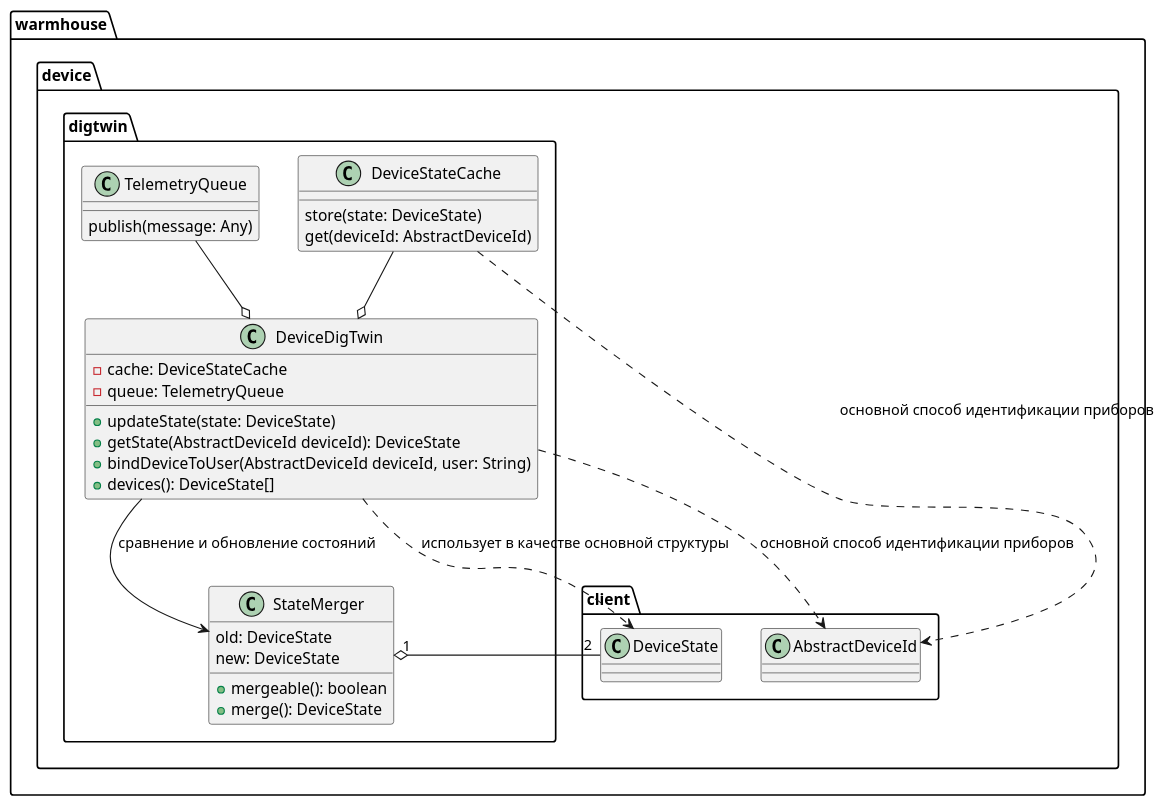
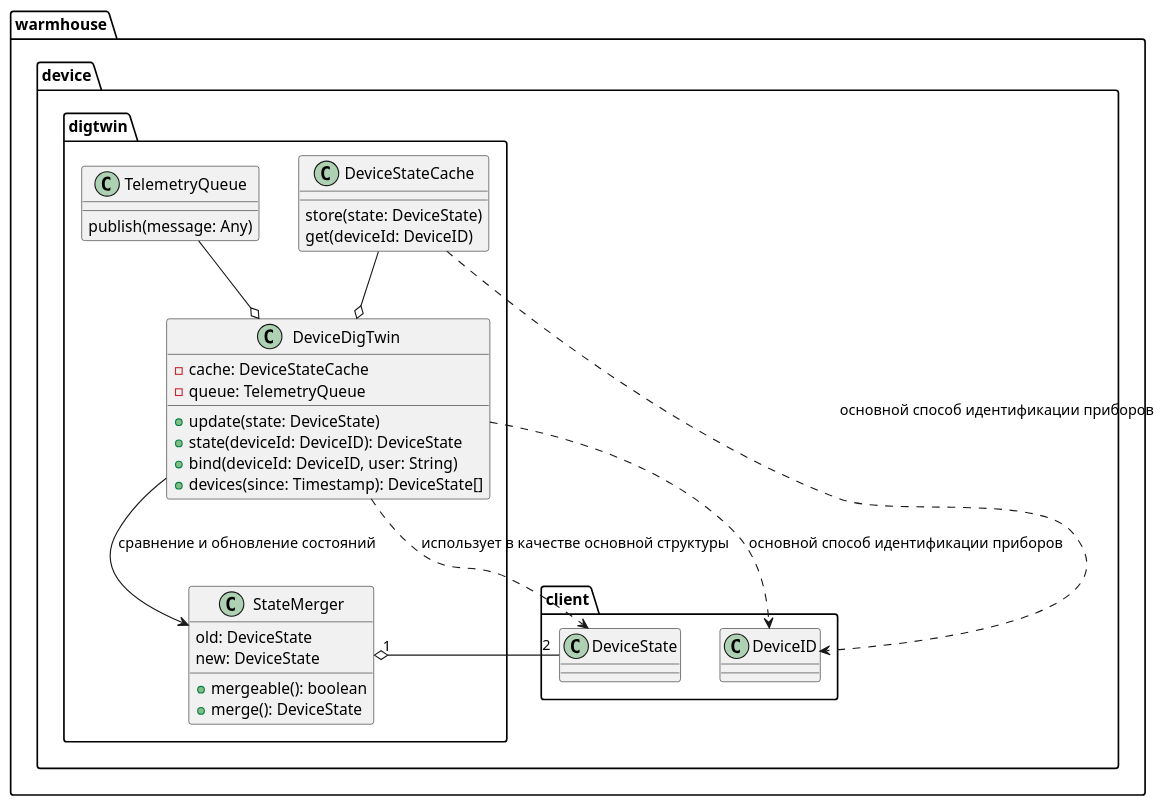
One commit to bitgorbovsky/yp-architecture-pro-warmhouse changed the diagram in schemas/services/devices-controller/code-device-digtwin.puml. Above: the diagram before and after it, drawn with PlantUML. The commit also changed 3 other files, not shown here.

```diff
--- a/schemas/services/devices-controller/code-device-digtwin.puml
+++ b/schemas/services/devices-controller/code-device-digtwin.puml
@@ -1,44 +1,44 @@
 @startuml
 
 package warmhouse.device.digtwin {
     class DeviceDigTwin {
         - cache: DeviceStateCache
         - queue: TelemetryQueue
-        + updateState(state: DeviceState)
-        + getState(AbstractDeviceId deviceId): DeviceState
-        + bindDeviceToUser(AbstractDeviceId deviceId, user: String)
-        + devices(): DeviceState[]
+        + update(state: DeviceState)
+        + state(deviceId: DeviceID): DeviceState
+        + bind(deviceId: DeviceID, user: String)
+        + devices(since: Timestamp): DeviceState[]
     }
 
     class StateMerger {
         old: DeviceState
         new: DeviceState
         + mergeable(): boolean
         + merge(): DeviceState
     }
 
     class TelemetryQueue {
         publish(message: Any)
     }
 
     class DeviceStateCache {
         store(state: DeviceState)
-        get(deviceId: AbstractDeviceId)
+        get(deviceId: DeviceID)
     }
 }
 
 package warmhouse.device.client {
     class DeviceState
-    class AbstractDeviceId
+    class DeviceID
 }
 
 DeviceStateCache --o DeviceDigTwin
-DeviceStateCache ..> AbstractDeviceId : основной способ идентификации приборов
+DeviceStateCache ..> DeviceID : основной способ идентификации приборов
 TelemetryQueue --o DeviceDigTwin
 
 DeviceDigTwin --> StateMerger : cравнение и обновление состояний
 DeviceState "2" --o "1" StateMerger
 DeviceDigTwin ..> DeviceState : использует в качестве основной структуры
-DeviceDigTwin ..> AbstractDeviceId : основной способ идентификации приборов
+DeviceDigTwin ..> DeviceID : основной способ идентификации приборов
 
 @enduml
```
